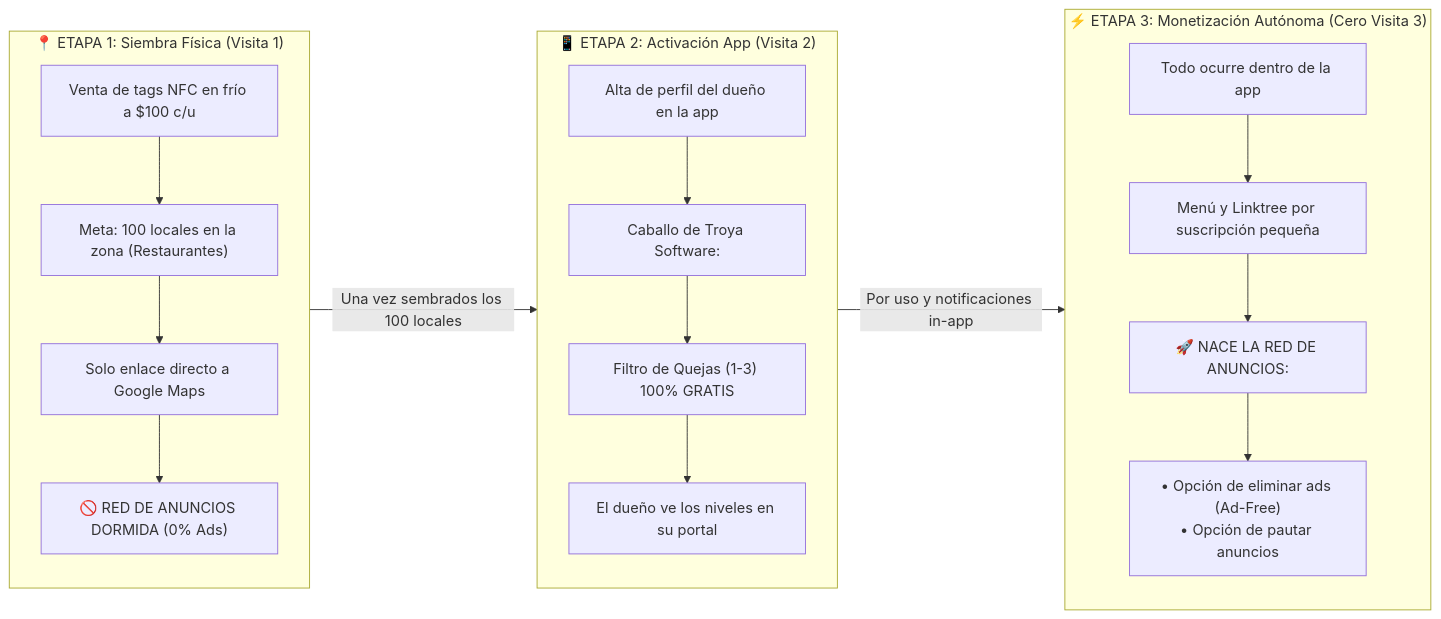
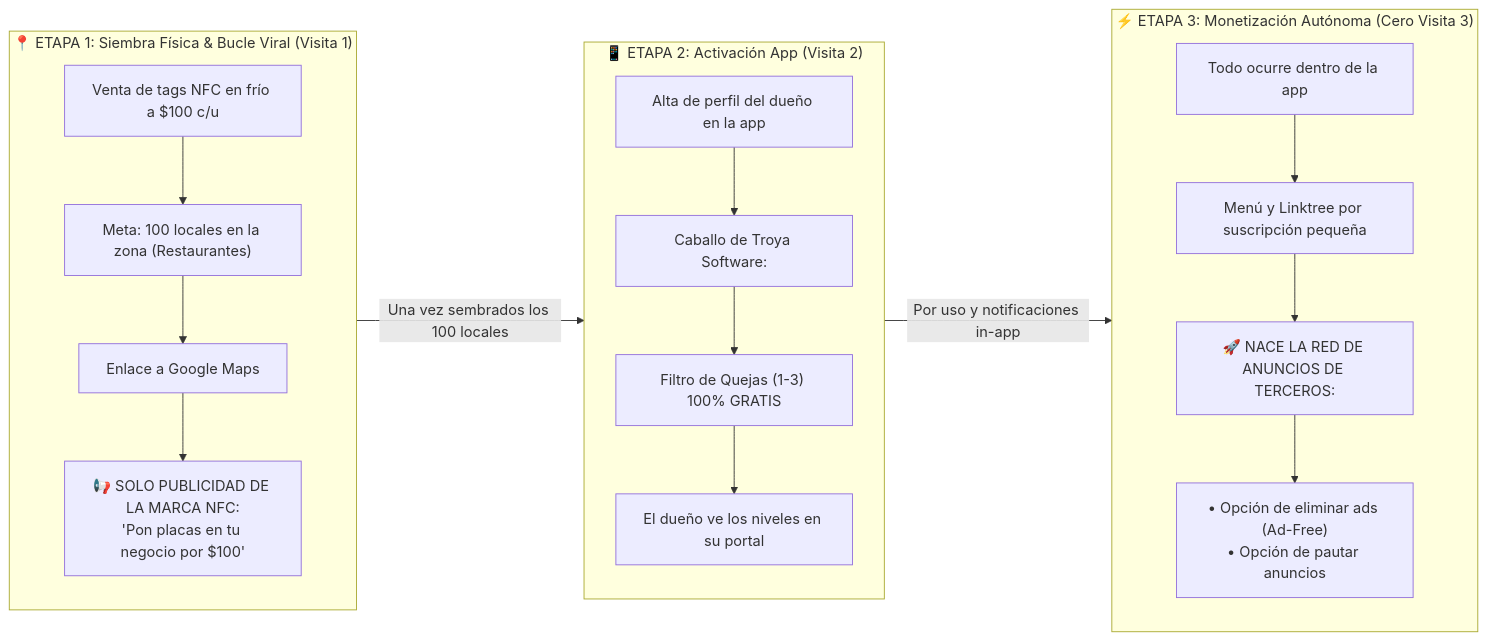
Before and after one commit to arteagaescorza-dev/google-reviews-nfc: the diagram in docs/SPEC_GTM_ESTRATEGIA_ADOPCION_3_ETAPAS.md, drawn with Mermaid. The commit also changed other lines of this file, not shown here.

Commit message:
docs(spec): define Stage 1 self-promotion viral loop for Mickey's NFC brand

````diff
--- a/docs/SPEC_GTM_ESTRATEGIA_ADOPCION_3_ETAPAS.md
+++ b/docs/SPEC_GTM_ESTRATEGIA_ADOPCION_3_ETAPAS.md
@@ -17,29 +18,29 @@
 ```mermaid
 flowchart LR
-    subgraph E1 ["📍 ETAPA 1: Siembra Física (Visita 1)"]
+    subgraph E1 ["📍 ETAPA 1: Siembra Física & Bucle Viral (Visita 1)"]
         A1["Venta de tags NFC en frío a $100 c/u"]
         A2["Meta: 100 locales en la zona (Restaurantes)"]
-        A3["Solo enlace directo a Google Maps"]
-        A4["🚫 RED DE ANUNCIOS DORMIDA (0% Ads)"]
+        A3["Enlace a Google Maps"]
+        A4["📢 SOLO PUBLICIDAD DE LA MARCA NFC:<br/>'Pon placas en tu negocio por $100'"]
         A1 --> A2 --> A3 --> A4
     end
 
     subgraph E2 ["📱 ETAPA 2: Activación App (Visita 2)"]
         B1["Alta de perfil del dueño en la app"]
         B2["Caballo de Troya Software:"]
         B3["Filtro de Quejas (1-3) 100% GRATIS"]
         B4["El dueño ve los niveles en su portal"]
         B1 --> B2 --> B3 --> B4
     end
 
     subgraph E3 ["⚡ ETAPA 3: Monetización Autónoma (Cero Visita 3)"]
         C1["Todo ocurre dentro de la app"]
         C2["Menú y Linktree por suscripción pequeña"]
-        C3["🚀 NACE LA RED DE ANUNCIOS:"]
+        C3["🚀 NACE LA RED DE ANUNCIOS DE TERCEROS:"]
         C4["• Opción de eliminar ads (Ad-Free)<br/>• Opción de pautar anuncios"]
         C1 --> C2 --> C3 --> C4
     end
 
     E1 -->|"Una vez sembrados los 100 locales"| E2
     E2 -->|"Por uso y notificaciones in-app"| E3
 ```
````
